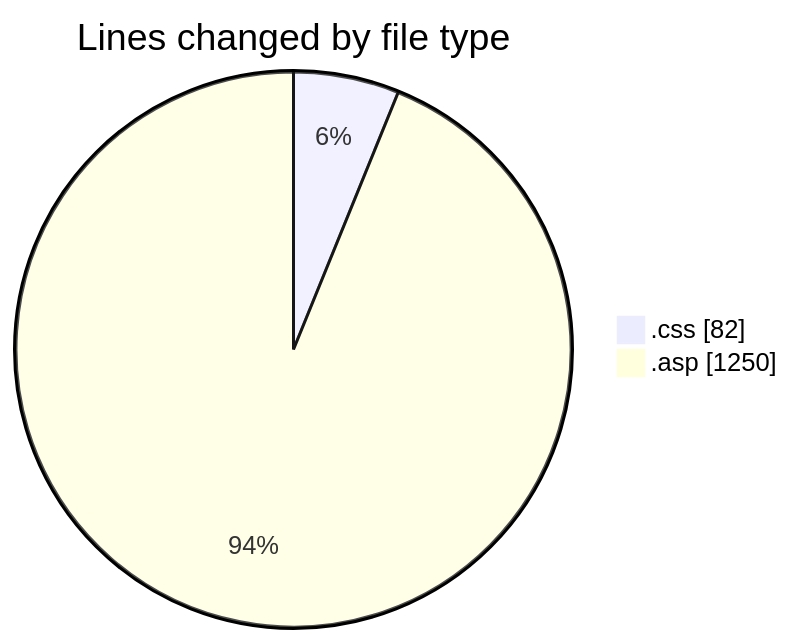
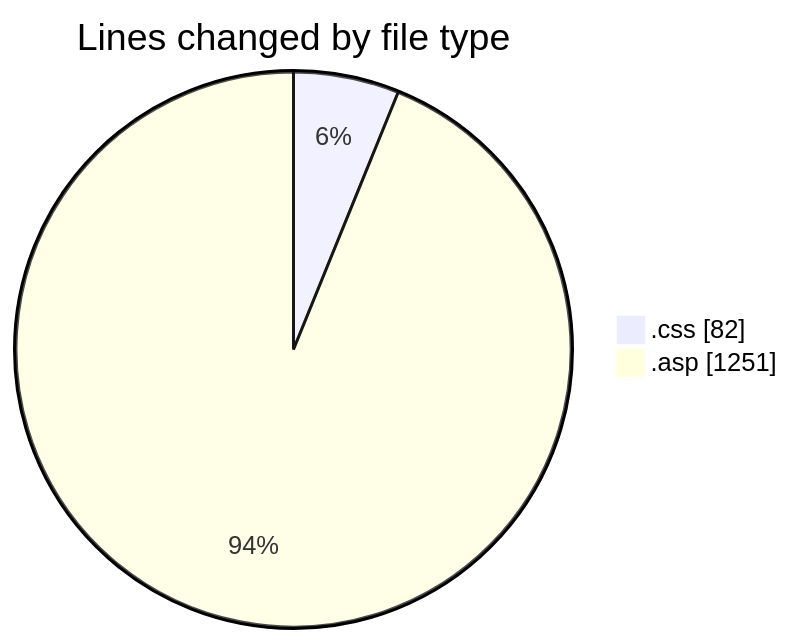
The first of 2 diagrams in 2025-11-16/cdp_aleoudev_fr__workspace_/README.md (julien-gomy/code-tracking), drawn with Mermaid before and after one commit. The commit also changed other lines of this file and 1 other file, not shown here.

````diff
--- a/2025-11-16/cdp_aleoudev_fr__workspace_/README.md
+++ b/2025-11-16/cdp_aleoudev_fr__workspace_/README.md
@@ -24,6 +24,6 @@
 ```mermaid
 pie showData
 title Lines changed by file type
 ".css" : 82
-".asp" : 1250
+".asp" : 1251
 ```
````
